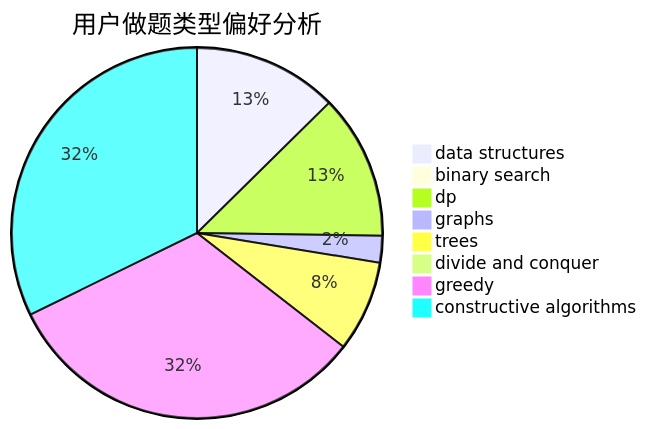
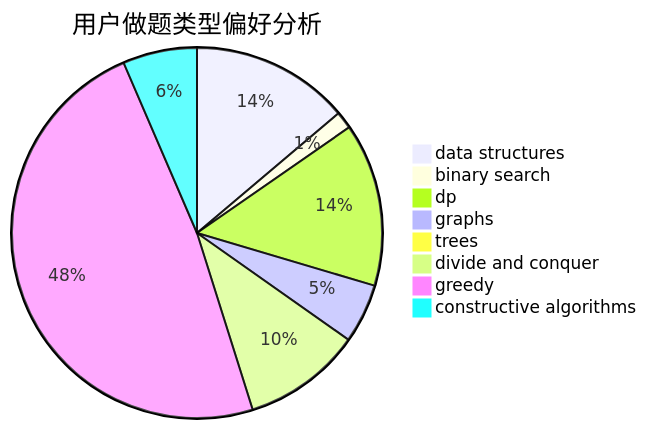
Before and after one commit to sherpahu/cfrs.github.io: the second of 3 diagrams in docs/user/u1196.md, drawn with Mermaid. The commit also changed other lines of this file and 2770 other files, not shown here.

````diff
--- a/docs/user/u1196.md
+++ b/docs/user/u1196.md
@@ -23,11 +23,11 @@
 ```mermaid
 pie title 用户做题类型偏好分析
-    "data structures" :  27
-    "binary search" :  2
-    "dp" :  27
-    "graphs" :  5
-    "trees" :  17
-    "divide and conquer" :  0
-    "greedy" :  69
-    "constructive algorithms" :  69
+    "data structures" :  64
+    "binary search" :  7
+    "dp" :  66
+    "graphs" :  24
+    "trees" :  4
+    "divide and conquer" :  48
+    "greedy" :  224
+    "constructive algorithms" :  30
 ```
````
